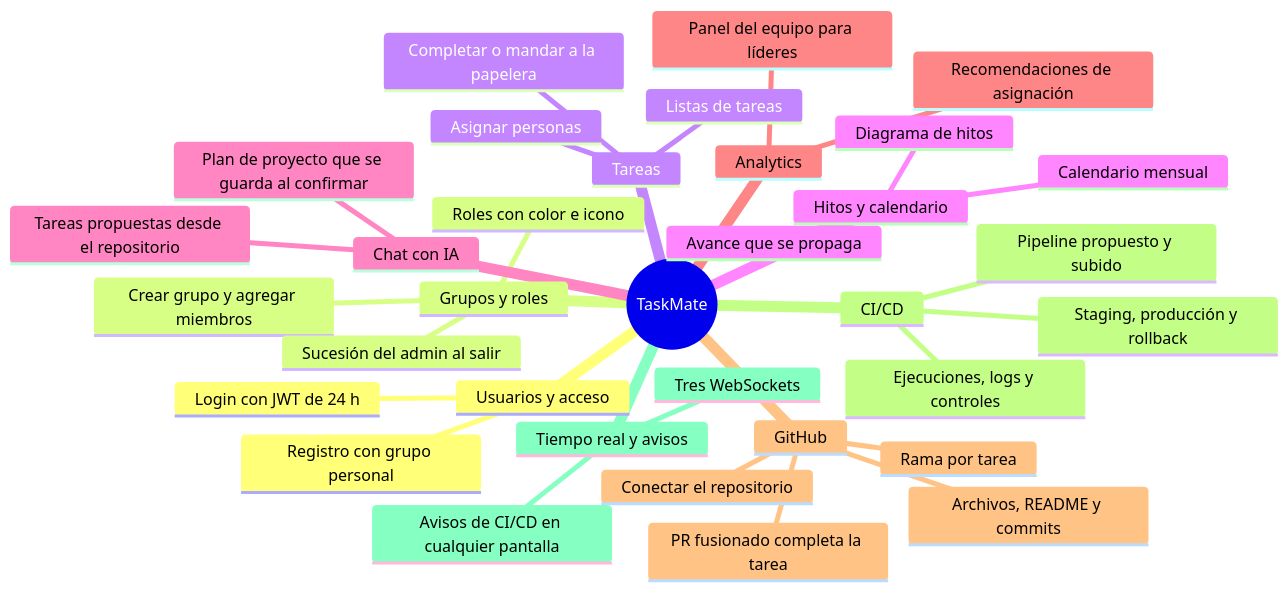
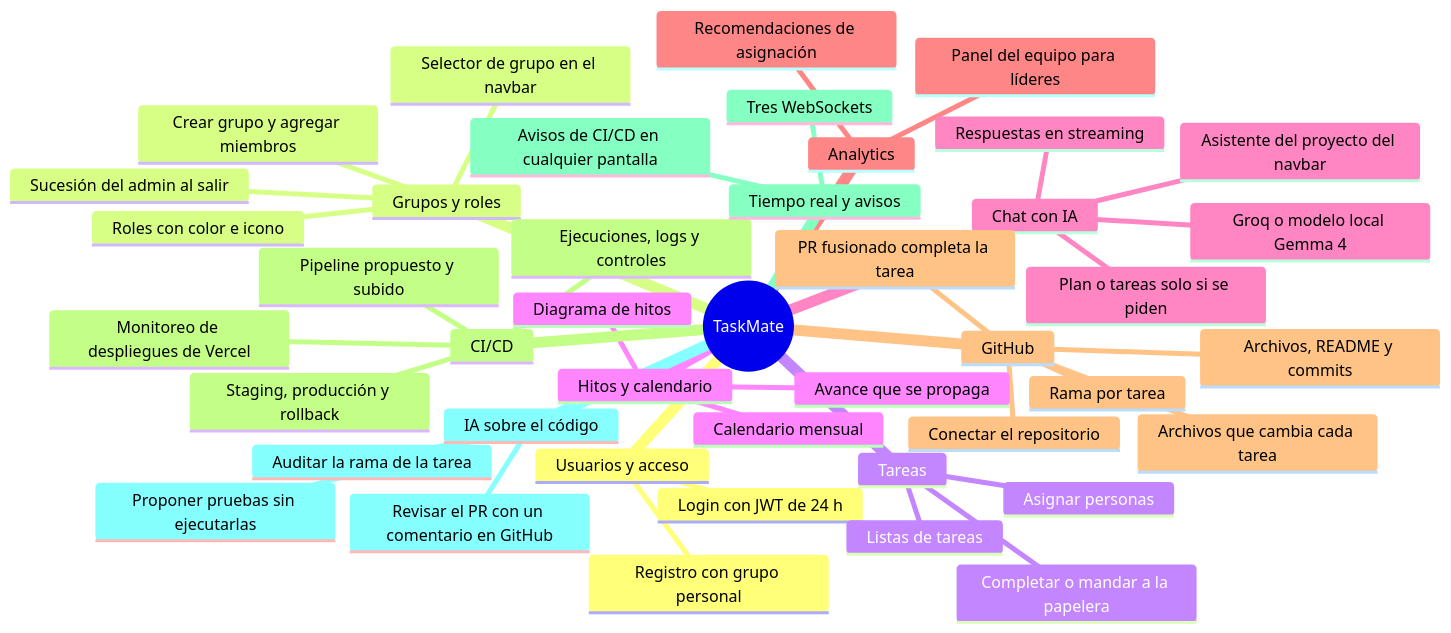
One commit to PabloP150/proyecto-is-cc6 changed the diagram in documentacion/01-proyecto/que-es-taskmate.md. Above: the diagram before and after it, drawn with Mermaid. The commit also changed other lines of this file and 204 other files, not shown here.

First line of the commit message:
docs: update all documentation, diagrams and PNGs to the test/e2e state

````diff
--- a/documentacion/01-proyecto/que-es-taskmate.md
+++ b/documentacion/01-proyecto/que-es-taskmate.md
@@ -5,37 +5,46 @@
 ```mermaid
 mindmap
   root((TaskMate))
     Usuarios y acceso
       Registro con grupo personal
       Login con JWT de 24 h
     Grupos y roles
       Crear grupo y agregar miembros
       Roles con color e icono
       Sucesión del admin al salir
+      Selector de grupo en el navbar
     Tareas
       Listas de tareas
       Completar o mandar a la papelera
       Asignar personas
     Hitos y calendario
       Diagrama de hitos
       Avance que se propaga
       Calendario mensual
     Chat con IA
-      Plan de proyecto que se guarda al confirmar
-      Tareas propuestas desde el repositorio
+      Asistente del proyecto del navbar
+      Groq o modelo local Gemma 4
+      Respuestas en streaming
+      Plan o tareas solo si se piden
     Analytics
       Panel del equipo para líderes
       Recomendaciones de asignación
     GitHub
       Conectar el repositorio
       Archivos, README y commits
       Rama por tarea
+      Archivos que cambia cada tarea
       PR fusionado completa la tarea
     CI/CD
       Pipeline propuesto y subido
       Ejecuciones, logs y controles
       Staging, producción y rollback
+      Monitoreo de despliegues de Vercel
     Tiempo real y avisos
       Tres WebSockets
       Avisos de CI/CD en cualquier pantalla
+    IA sobre el código
+      Auditar la rama de la tarea
+      Proponer pruebas sin ejecutarlas
+      Revisar el PR con un comentario en GitHub
 ```
````
